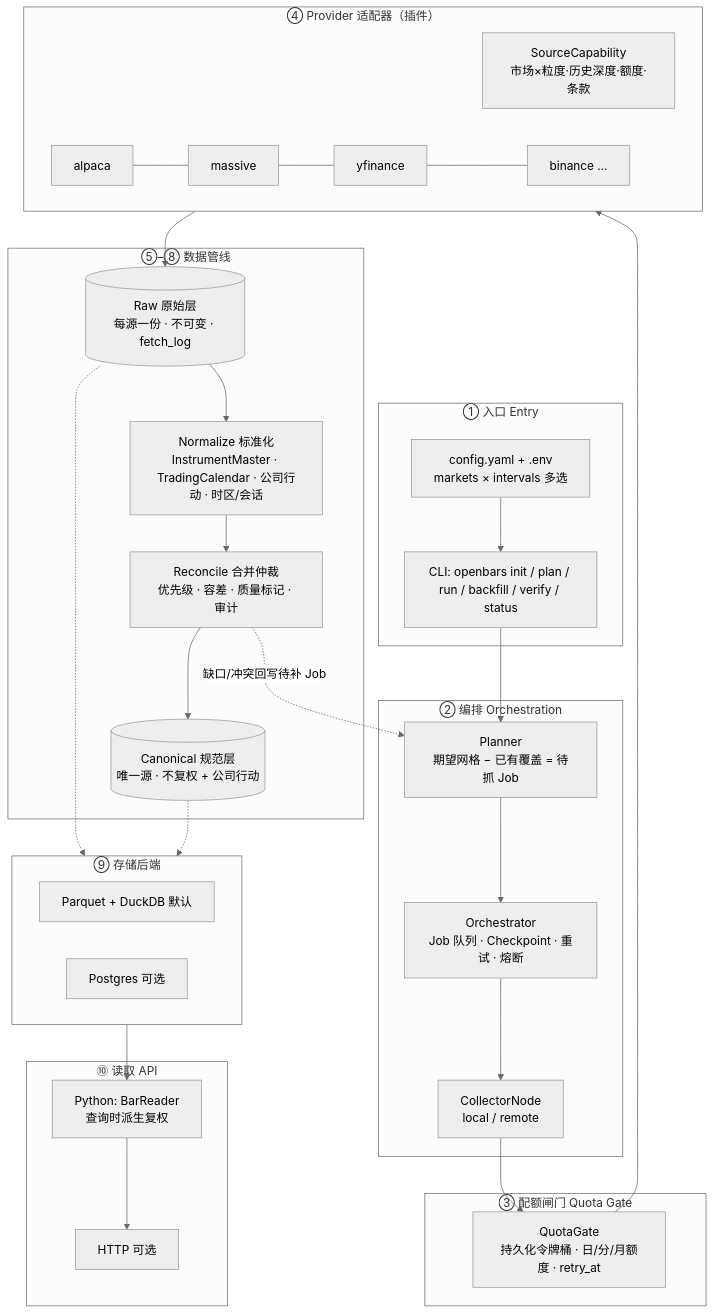
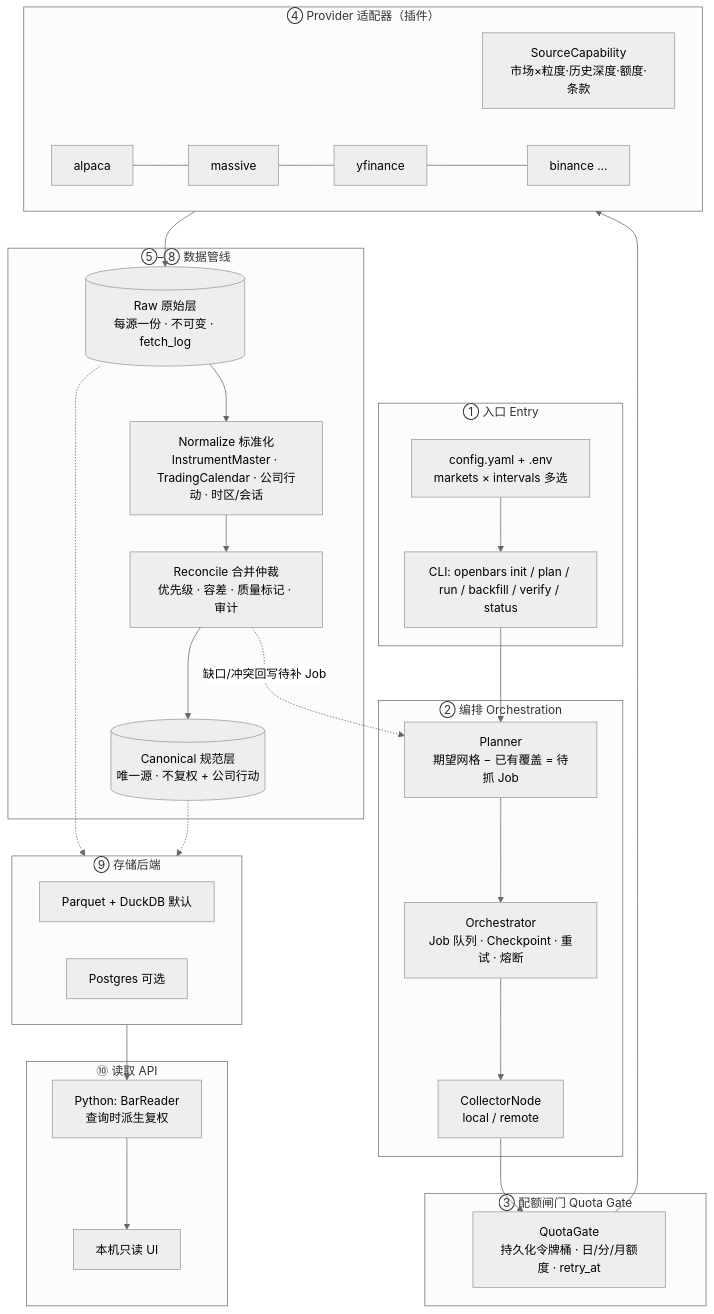
Before and after one commit to Liyuk/openbars: the diagram in docs/architecture.md, drawn with Mermaid (neutral theme). The commit also changed other lines of this file and 2 other files, not shown here.

````diff
--- a/docs/architecture.md
+++ b/docs/architecture.md
@@ -22,46 +22,46 @@
 ```mermaid
 flowchart TD
     subgraph Entry["① 入口 Entry"]
         CFG[config.yaml + .env<br/>markets × intervals 多选]
         CLI[CLI: openbars init / plan / run / backfill / verify / status]
     end
 
     subgraph Orchestration["② 编排 Orchestration"]
         PLAN[Planner<br/>期望网格 − 已有覆盖 = 待抓 Job]
         ORCH[Orchestrator<br/>Job 队列 · Checkpoint · 重试 · 熔断]
         NODE[CollectorNode<br/>local / remote]
     end
 
     subgraph Quota["③ 配额闸门 Quota Gate"]
         GATE[QuotaGate<br/>持久化令牌桶 · 日/分/月额度 · retry_at]
     end
 
     subgraph Providers["④ Provider 适配器（插件）"]
         CAP[SourceCapability<br/>市场×粒度·历史深度·额度·条款]
         P1[alpaca] --- P2[massive] --- P3[yfinance] --- P4[binance …]
     end
 
     subgraph Data["⑤–⑧ 数据管线"]
         RAW[(Raw 原始层<br/>每源一份 · 不可变 · fetch_log)]
         NORM[Normalize 标准化<br/>InstrumentMaster · TradingCalendar · 公司行动 · 时区/会话]
         REC[Reconcile 合并仲裁<br/>优先级 · 容差 · 质量标记 · 审计]
         CAN[(Canonical 规范层<br/>唯一源 · 不复权 + 公司行动)]
     end
 
     subgraph Store["⑨ 存储后端"]
         PQ[Parquet + DuckDB 默认]
         PG[Postgres 可选]
     end
 
     subgraph Read["⑩ 读取 API"]
         LIB[Python: BarReader<br/>查询时派生复权]
-        HTTP[HTTP 可选]
+        HTTP[本机只读 UI]
     end
 
     CFG --> CLI --> PLAN --> ORCH --> NODE --> GATE --> Providers
     Providers --> RAW --> NORM --> REC --> CAN
     RAW -.-> Store
     CAN -.-> Store
     Store --> LIB --> HTTP
     REC -. 缺口/冲突回写待补 Job .-> PLAN
 ```
````
